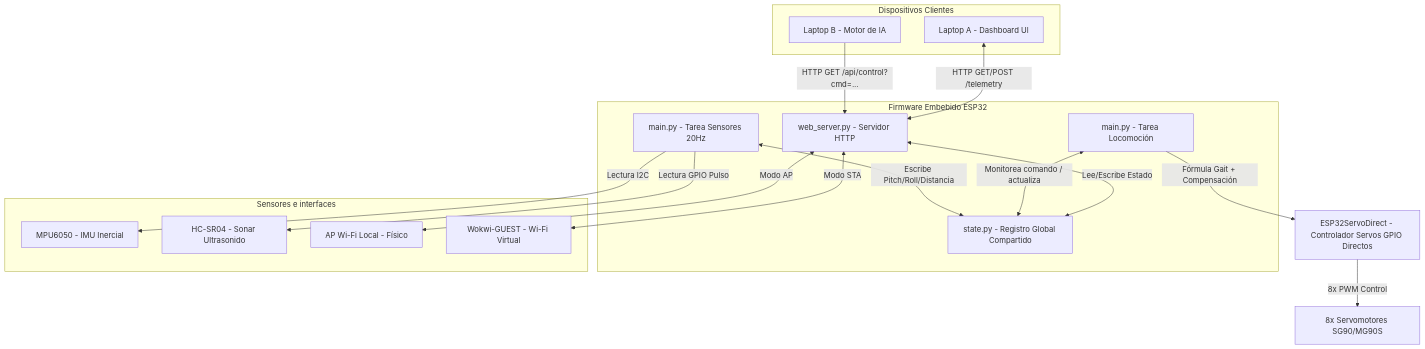
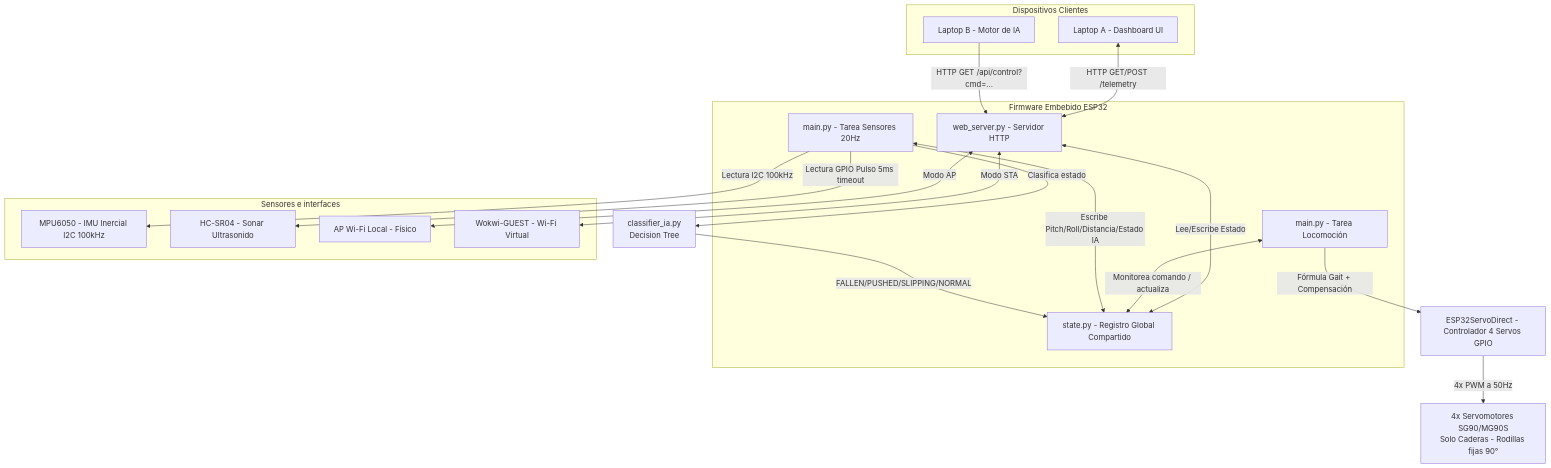
One commit to moises-inc/USS-SPIDERBOT-solemne-3 changed the diagram in docs/ARCHITECTURE.md. Above: the diagram before and after it, drawn with Mermaid. The commit also changed other lines of this file and 4 other files, not shown here.

````diff
--- a/docs/ARCHITECTURE.md
+++ b/docs/ARCHITECTURE.md
@@ -16,44 +16,46 @@
 ```mermaid
 graph TD
     %% Clientes de Red (Exteriores)
     subgraph Dispositivos Clientes
         A[Laptop A - Dashboard UI]
         B[Laptop B - Motor de IA]
     end
 
     %% Servidor y Registro de Estado (ESP32)
     subgraph Firmware Embebido ESP32
         C[web_server.py - Servidor HTTP]
         D[state.py - Registro Global Compartido]
         E[main.py - Tarea Locomoción]
         F[main.py - Tarea Sensores 20Hz]
     end
 
-    %% Actuación
-    G[ESP32ServoDirect - Controlador Servos GPIO Directos]
+    %% Actuación (4-DoF: solo caderas)
+    G[ESP32ServoDirect - Controlador 4 Servos GPIO]
 
     %% Sensores e Interfaces de Red
     subgraph Sensores e interfaces
-        H[MPU6050 - IMU Inercial]
+        H[MPU6050 - IMU Inercial I2C 100kHz]
         I[HC-SR04 - Sonar Ultrasonido]
         J1[AP Wi-Fi Local - Físico]
         J2[Wokwi-GUEST - Wi-Fi Virtual]
     end
 
     %% Flujos de Red
     A <-->|HTTP GET/POST /telemetry| C
     B -->|HTTP GET /api/control?cmd=...| C
     C <-->|Lee/Escribe Estado| D
     E <-->|Monitorea comando / actualiza| D
-    F <-->|Escribe Pitch/Roll/Distancia| D
+    F <-->|Escribe Pitch/Roll/Distancia/Estado IA| D
     
     %% Ruta de Wi-Fi según entorno
     C <-->|Modo AP| J1
     C <-->|Modo STA| J2
     
-    %% Acciones de Hardware/Simulación
+    %% Acciones de Hardware/Simulación (4-DoF)
     E -->|Fórmula Gait + Compensación| G
-    G -->|8x PWM Control| J3[8x Servomotores SG90/MG90S]
-    F -->|Lectura I2C| H
-    F -->|Lectura GPIO Pulso| I
+    G -->|4x PWM a 50Hz| J3[4x Servomotores SG90/MG90S<br/>Solo Caderas - Rodillas fijas 90°]
+    F -->|Lectura I2C 100kHz| H
+    F -->|Lectura GPIO Pulso 5ms timeout| I
+    F -->|Clasifica estado| K[classifier_ia.py<br/>Decision Tree]
+    K -->|FALLEN/PUSHED/SLIPPING/NORMAL| D
 ```
````
